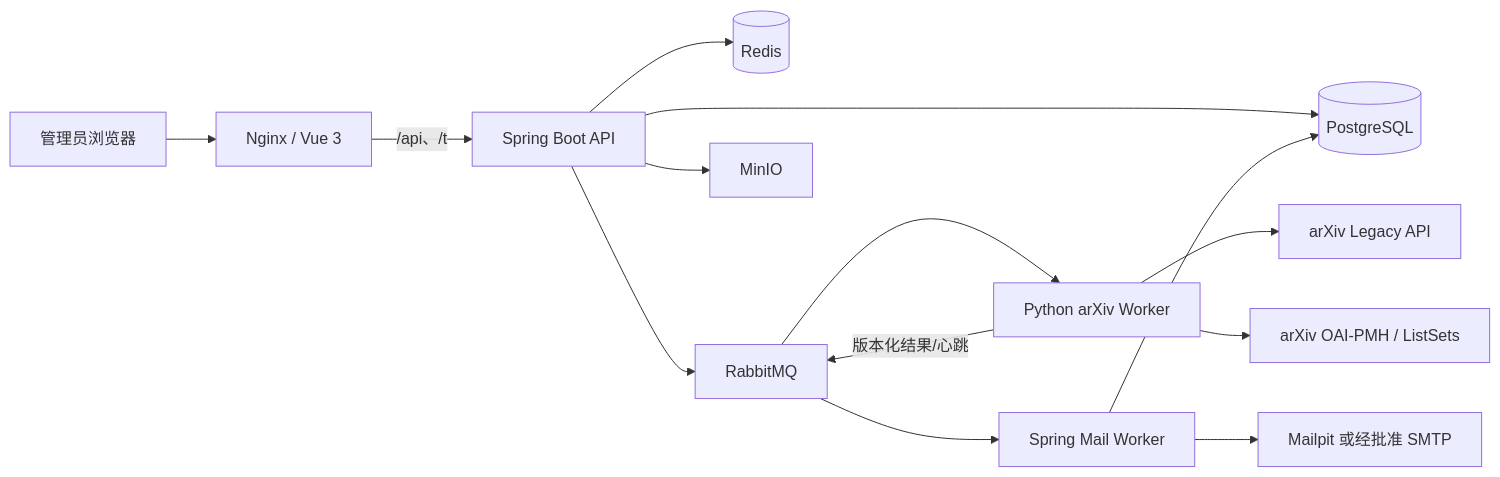
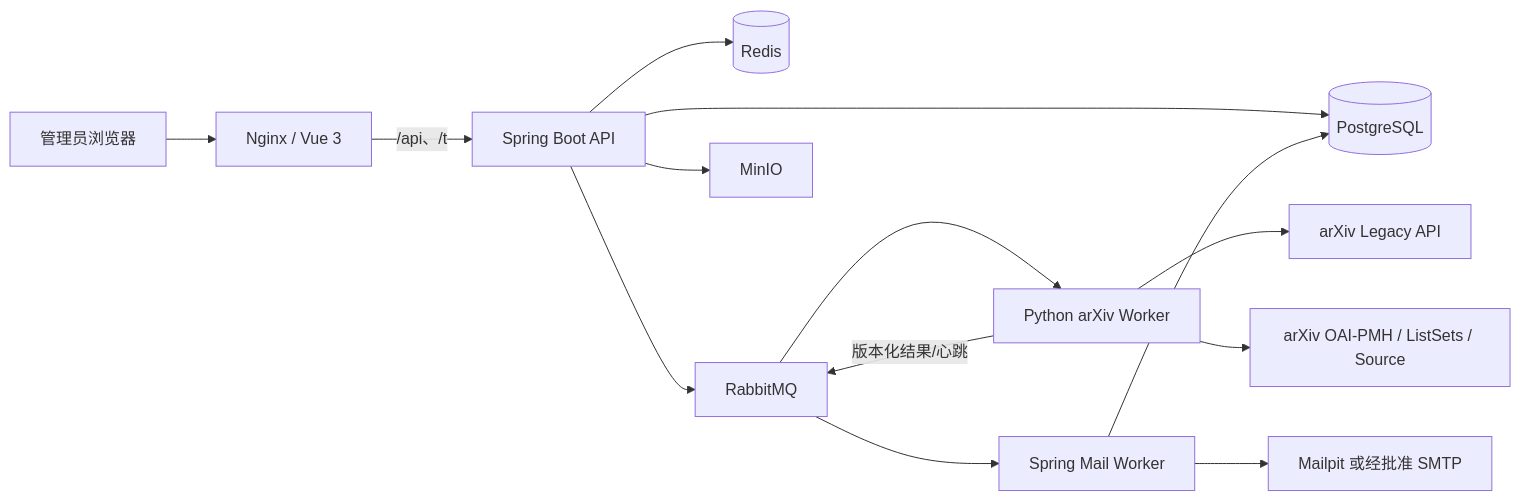
The diagram in docs/ARCHITECTURE.md (MRNOBODY-ZST/CaMelArxivAdv), drawn with Mermaid before and after one commit. The commit also changed other lines of this file and 17 other files, not shown here.

````diff
--- a/docs/ARCHITECTURE.md
+++ b/docs/ARCHITECTURE.md
@@ -7,16 +7,16 @@
 ```mermaid
 flowchart LR
     U["管理员浏览器"] --> N["Nginx / Vue 3"]
     N -->|"/api、/t"| A["Spring Boot API"]
     A --> P[("PostgreSQL")]
     A --> R[("Redis")]
     A --> Q["RabbitMQ"]
     A --> O["MinIO"]
     Q --> W["Python arXiv Worker"]
     Q --> M["Spring Mail Worker"]
     W -->|"版本化结果/心跳"| Q
     W --> L["arXiv Legacy API"]
-    W --> H["arXiv OAI-PMH / ListSets"]
+    W --> H["arXiv OAI-PMH / ListSets / Source"]
     M --> D["Mailpit 或经批准 SMTP"]
     M --> P
 ```
````
